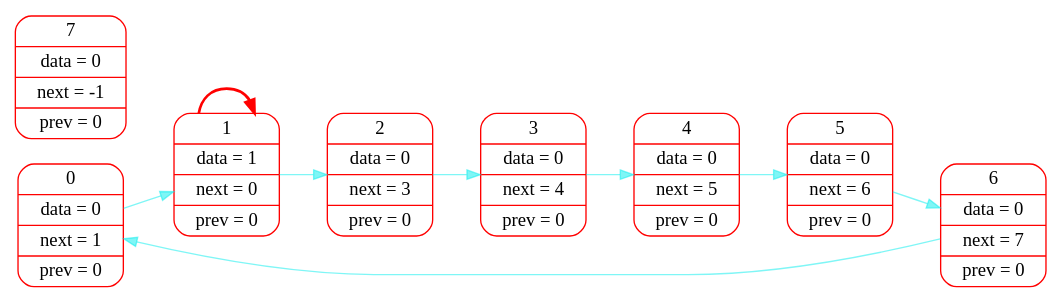
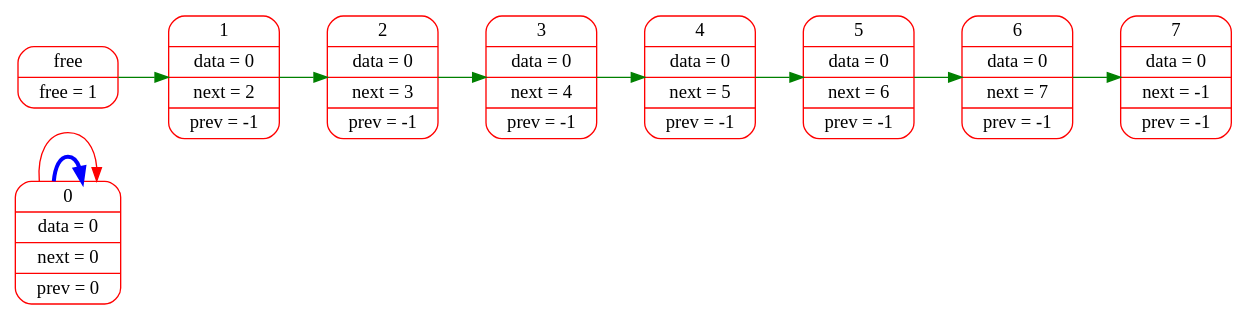
Before and after one commit to sevaphasol/list: the diagram in logs/dot_files/000.dot, drawn with Graphviz. The commit also changed 17 other files, not shown here.

Commit message:
free graphic dump

```diff
--- a/logs/dot_files/000.dot
+++ b/logs/dot_files/000.dot
@@ -1,16 +1,18 @@
 digraph G{
 rankdir=LR;
 node[color="red",fontsize=14];
-edge[color="#00eeee80",fontsize=12, penwidth=1];
-elem0[shape="Mrecord", label="0 | data = 0 | next = 1 | prev = 0"];
-elem1[shape="Mrecord", label="1 | data = 1 | next = 0 | prev = 0"];
-elem2[shape="Mrecord", label="2 | data = 0 | next = 3 | prev = 0"];
-elem3[shape="Mrecord", label="3 | data = 0 | next = 4 | prev = 0"];
-elem4[shape="Mrecord", label="4 | data = 0 | next = 5 | prev = 0"];
-elem5[shape="Mrecord", label="5 | data = 0 | next = 6 | prev = 0"];
-elem6[shape="Mrecord", label="6 | data = 0 | next = 7 | prev = 0"];
-elem7[shape="Mrecord", label="7 | data = 0 | next = -1 | prev = 0"];
-elem0->elem1->elem2->elem3->elem4->elem5->elem6->elem0;
-edge[color="red",fontsize=12, penwidth=2];
-elem1->elem1;
+edge[color="blue",fontsize=12, penwidth=3];
+elem0[shape="Mrecord", label="0 | data = 0 | next = 0 | prev = 0"];
+elem0->elem0;
+edge[color="red",fontsize=12, penwidth=1];
+elem0->elem0;edge[color="green",fontsize=12, penwidth=1];
+free[shape="Mrecord", label="free | free = 1"];
+elem1[shape="Mrecord", label="1 | data = 0 | next = 2 | prev = -1"];
+elem2[shape="Mrecord", label="2 | data = 0 | next = 3 | prev = -1"];
+elem3[shape="Mrecord", label="3 | data = 0 | next = 4 | prev = -1"];
+elem4[shape="Mrecord", label="4 | data = 0 | next = 5 | prev = -1"];
+elem5[shape="Mrecord", label="5 | data = 0 | next = 6 | prev = -1"];
+elem6[shape="Mrecord", label="6 | data = 0 | next = 7 | prev = -1"];
+elem7[shape="Mrecord", label="7 | data = 0 | next = -1 | prev = -1"];
+free->elem1->elem2->elem3->elem4->elem5->elem6->elem7;
 }
```
